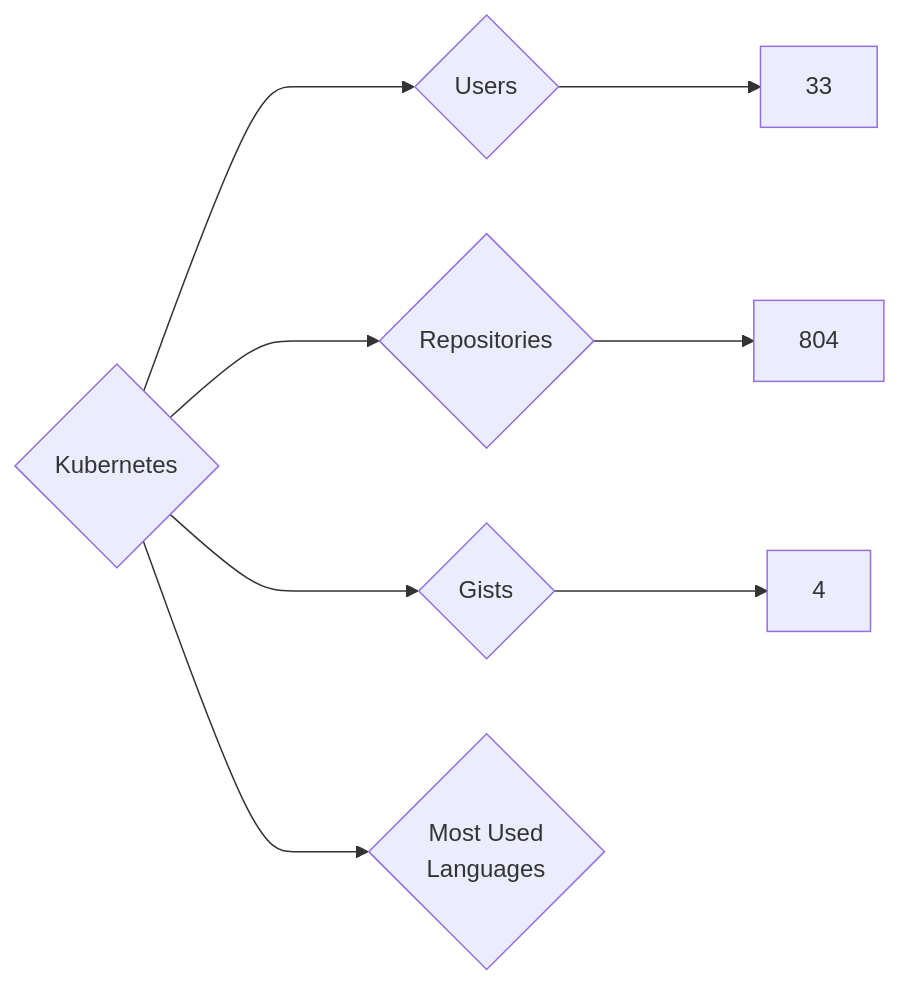
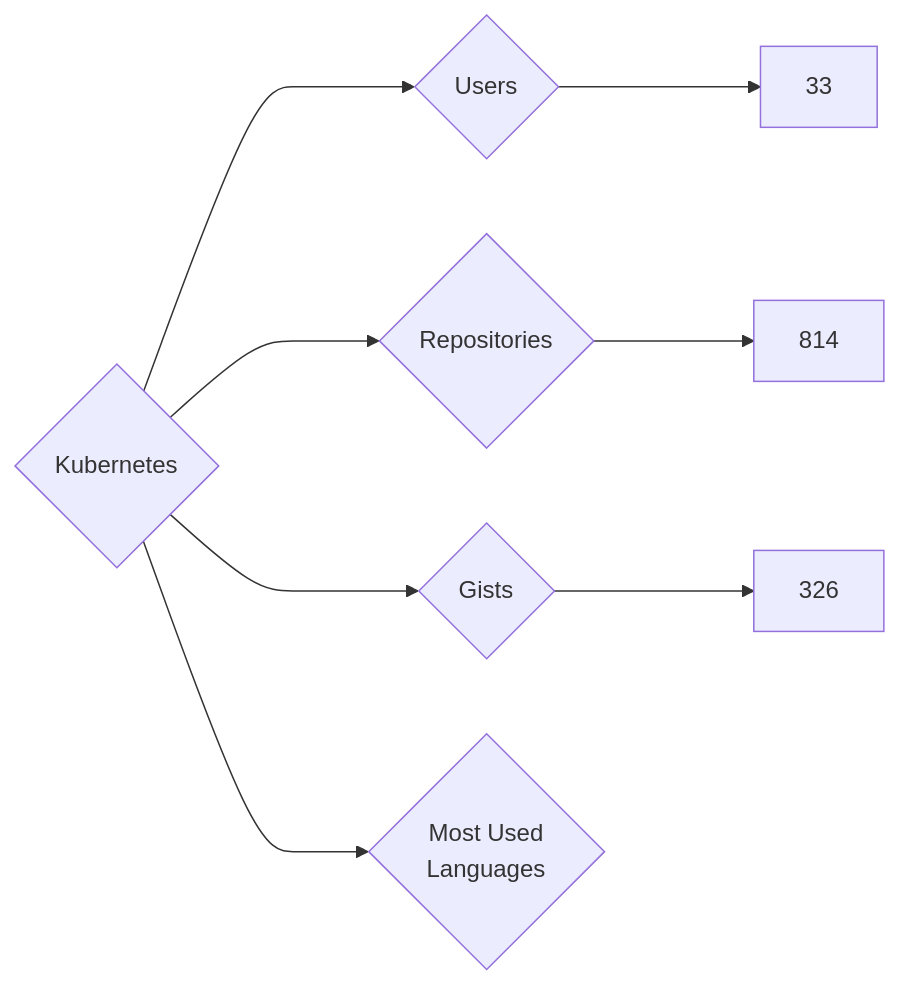
Before and after one commit to nenadzaric/insiders: the diagram in targets/Kubernetes/README.md, drawn with Mermaid. The commit also changed 1342 other files, not shown here.

````diff
--- a/targets/Kubernetes/README.md
+++ b/targets/Kubernetes/README.md
@@ -3,8 +3,8 @@
 ```mermaid
 graph LR
 COMPANY_NAME{Kubernetes}
 COMPANY_NAME ---> U{Users} ---> UN[33]
-COMPANY_NAME ---> R{Repositories} ---> RN[804]
-COMPANY_NAME ---> G{Gists} ---> GN[4]
+COMPANY_NAME ---> R{Repositories} ---> RN[814]
+COMPANY_NAME ---> G{Gists} ---> GN[326]
 COMPANY_NAME ---> ML{Most Used<br>Languages}
 ```
````
